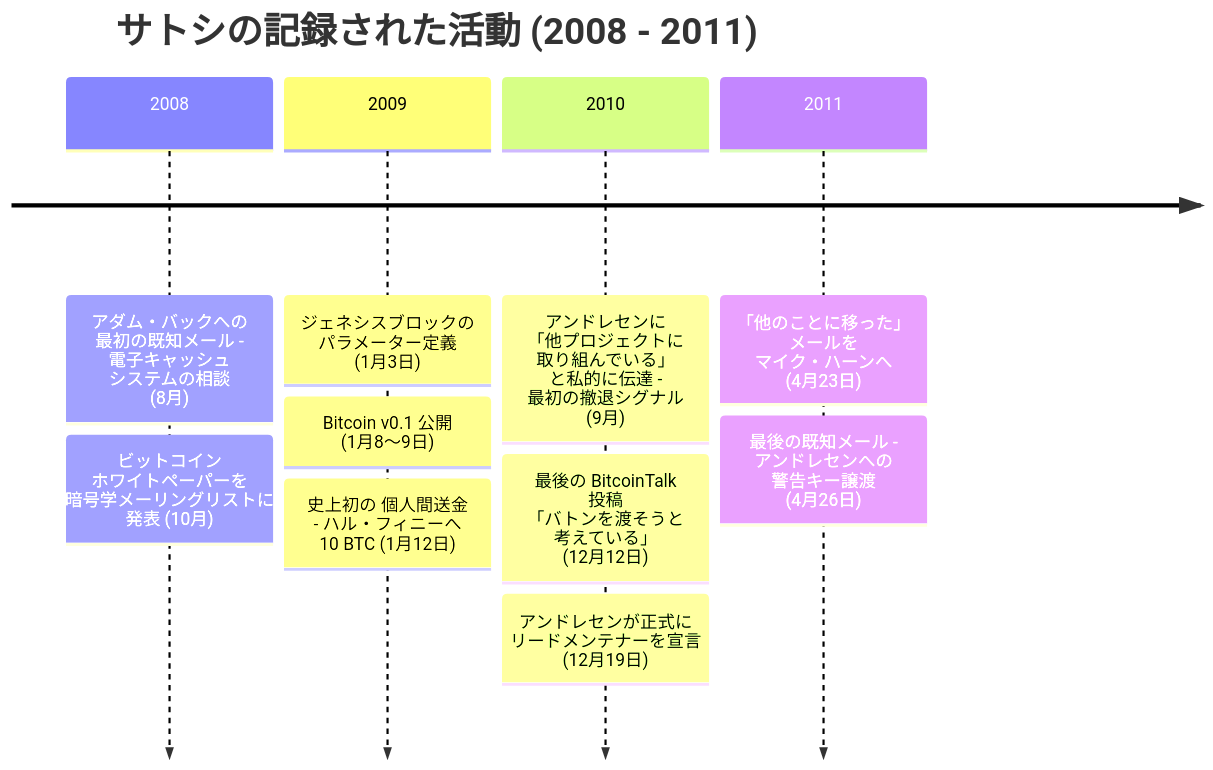
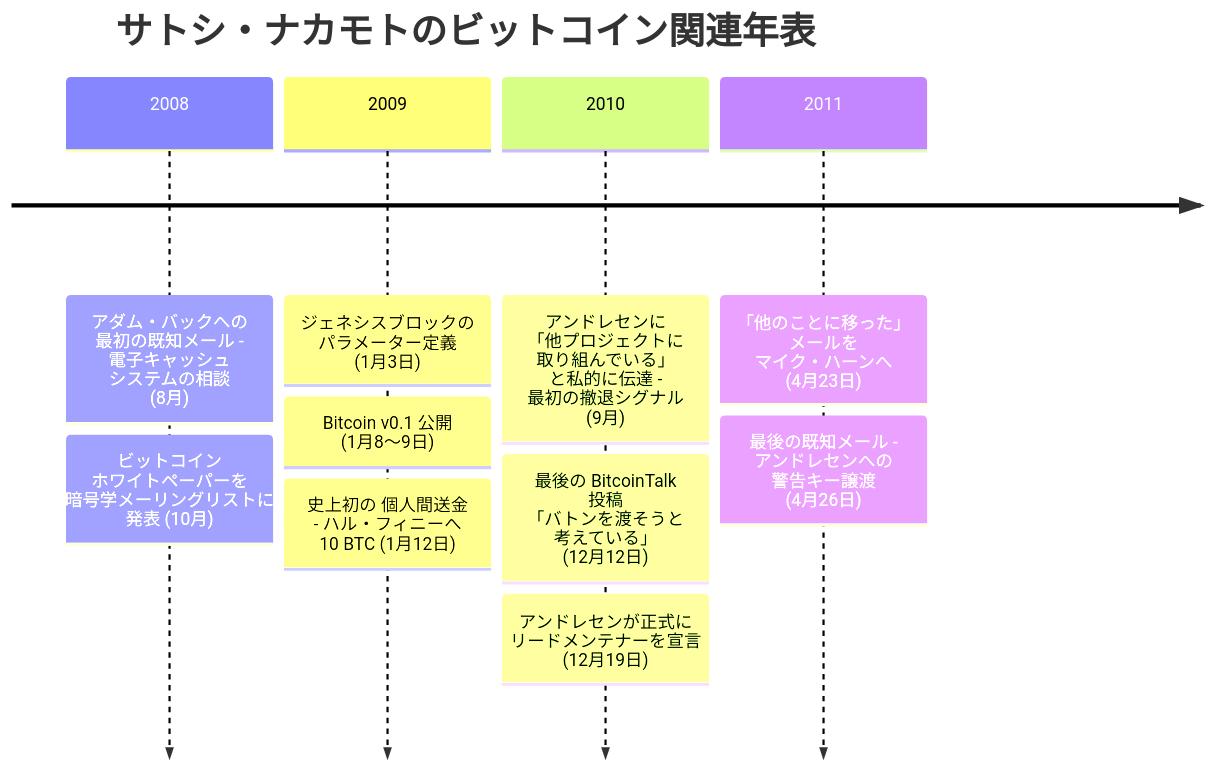
One commit to cypher256/BitcoinArchive changed the diagram in src/data/translations/ja/aftermath/2008-10-31-satoshi-nakamoto-biography.md. Above: the diagram before and after it, drawn with Mermaid. The commit also changed 104 other files, not shown here.

````diff
--- a/src/data/translations/ja/aftermath/2008-10-31-satoshi-nakamoto-biography.md
+++ b/src/data/translations/ja/aftermath/2008-10-31-satoshi-nakamoto-biography.md
@@ -60,14 +60,14 @@
 ```mermaid
 timeline
-    title サトシの記録された活動 (2008 - 2011)
+    title サトシ・ナカモトのビットコイン関連年表
     2008 : アダム・バックへの 最初の既知メール - 電子キャッシュ システムの相談 (8月)
          : ビットコイン ホワイトペーパーを 暗号学メーリングリストに 発表 (10月)
     2009 : ジェネシスブロックの パラメーター定義 (1月3日)
          : Bitcoin v0.1 公開 (1月8〜9日)
          : 史上初の 個人間送金 - ハル・フィニーへ 10 BTC (1月12日)
     2010 : アンドレセンに 「他プロジェクトに 取り組んでいる」 と私的に伝達 - 最初の撤退シグナル (9月)
          : 最後の BitcoinTalk 投稿 「バトンを渡そうと 考えている」 (12月12日)
          : アンドレセンが正式に リードメンテナーを宣言 (12月19日)
     2011 : 「他のことに移った」 メールを マイク・ハーンへ (4月23日)
          : 最後の既知メール - アンドレセンへの 警告キー譲渡 (4月26日)
 ```
````
